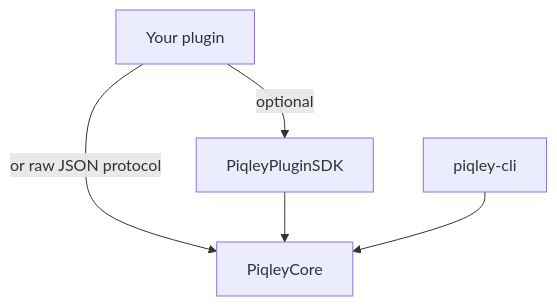
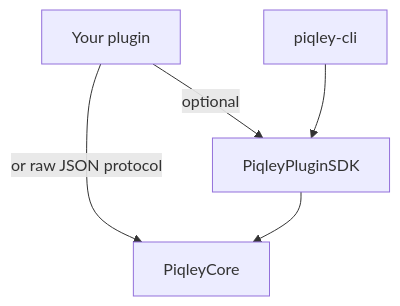
One commit to josephquigley/piqley-cli changed the first of 3 diagrams in docs/architecture/plugin-system.md. Above: the diagram before and after it, drawn with Mermaid. The commit also changed other lines of this file, not shown here.

Commit message:
fix: show CLI depending on SDK with Core as transitive dependency
CLI depends on SDK directly, getting PiqleyCore transitively.
Updated both the text and the mermaid diagram.

````diff
--- a/docs/architecture/plugin-system.md
+++ b/docs/architecture/plugin-system.md
@@ -9,7 +9,7 @@
 ```mermaid
 graph TD
     Plugin["Your plugin"] -->|optional| SDK["PiqleyPluginSDK"]
     Plugin -->|or raw JSON protocol| Core["PiqleyCore"]
+    CLI["piqley-cli"] --> SDK
     SDK --> Core
-    CLI["piqley-cli"] --> Core
 ```
````
